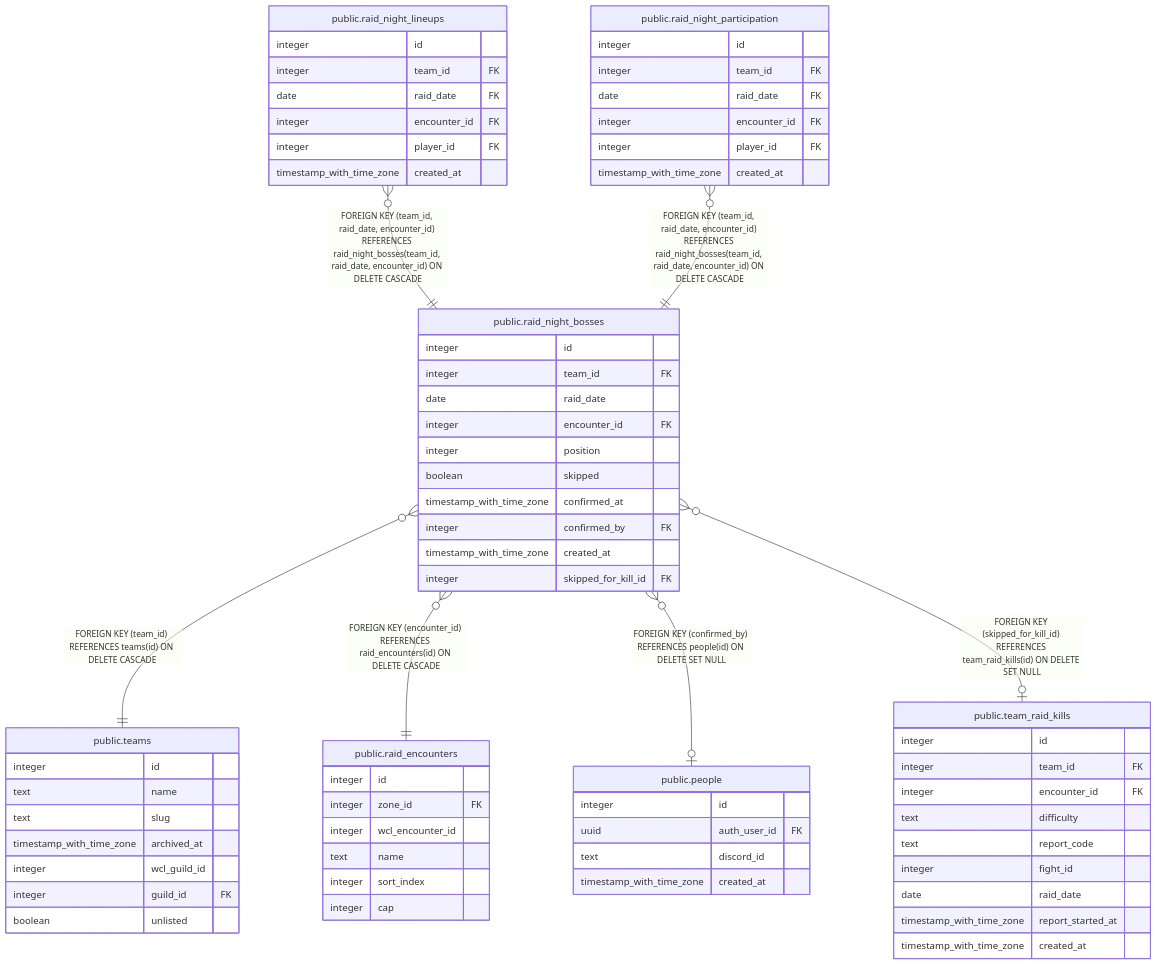
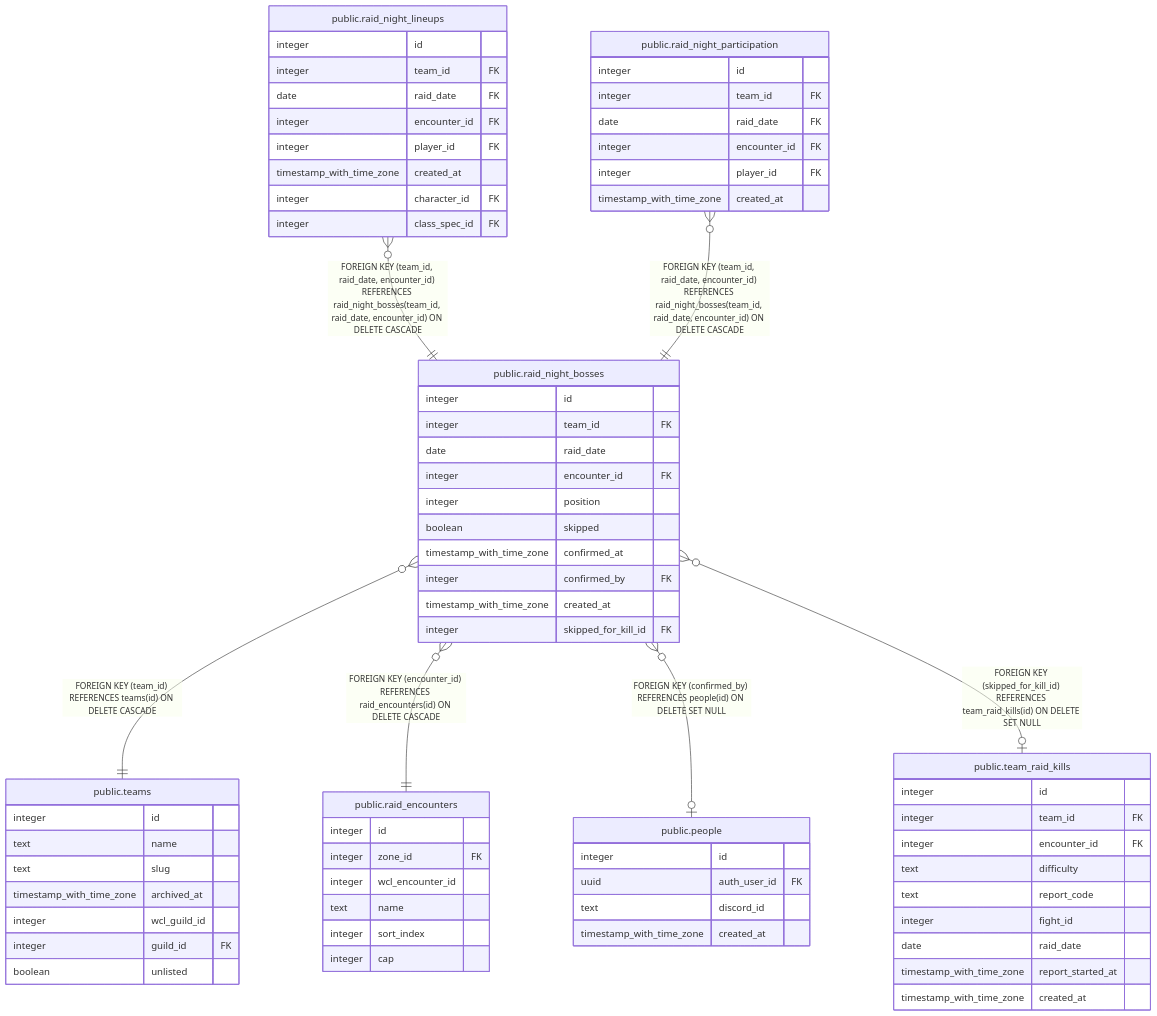
Before and after one commit to katogaming88/WGA-Raid-Hub: the diagram in dbdoc/public.raid_night_bosses.md, drawn with Mermaid. The commit also changed 44 other files, not shown here.

First line of the commit message:
#1580: officers pick which character and spec a raider plays on each boss

````diff
--- a/dbdoc/public.raid_night_bosses.md
+++ b/dbdoc/public.raid_night_bosses.md
@@ -46,73 +46,75 @@
 ```mermaid
 erDiagram
 
 "public.raid_night_bosses" }o--|| "public.teams" : "FOREIGN KEY (team_id) REFERENCES teams(id) ON DELETE CASCADE"
 "public.raid_night_lineups" }o--|| "public.raid_night_bosses" : "FOREIGN KEY (team_id, raid_date, encounter_id) REFERENCES raid_night_bosses(team_id, raid_date, encounter_id) ON DELETE CASCADE"
 "public.raid_night_participation" }o--|| "public.raid_night_bosses" : "FOREIGN KEY (team_id, raid_date, encounter_id) REFERENCES raid_night_bosses(team_id, raid_date, encounter_id) ON DELETE CASCADE"
 "public.raid_night_bosses" }o--|| "public.raid_encounters" : "FOREIGN KEY (encounter_id) REFERENCES raid_encounters(id) ON DELETE CASCADE"
 "public.raid_night_bosses" }o--o| "public.people" : "FOREIGN KEY (confirmed_by) REFERENCES people(id) ON DELETE SET NULL"
 "public.raid_night_bosses" }o--o| "public.team_raid_kills" : "FOREIGN KEY (skipped_for_kill_id) REFERENCES team_raid_kills(id) ON DELETE SET NULL"
 
 "public.raid_night_bosses" {
   integer id
   integer team_id FK
   date raid_date
   integer encounter_id FK
   integer position
   boolean skipped
   timestamp_with_time_zone confirmed_at
   integer confirmed_by FK
   timestamp_with_time_zone created_at
   integer skipped_for_kill_id FK
 }
 "public.teams" {
   integer id
   text name
   text slug
   timestamp_with_time_zone archived_at
   integer wcl_guild_id
   integer guild_id FK
   boolean unlisted
 }
 "public.raid_night_lineups" {
   integer id
   integer team_id FK
   date raid_date FK
   integer encounter_id FK
   integer player_id FK
   timestamp_with_time_zone created_at
+  integer character_id FK
+  integer class_spec_id FK
 }
 "public.raid_night_participation" {
   integer id
   integer team_id FK
   date raid_date FK
   integer encounter_id FK
   integer player_id FK
   timestamp_with_time_zone created_at
 }
 "public.raid_encounters" {
   integer id
   integer zone_id FK
   integer wcl_encounter_id
   text name
   integer sort_index
   integer cap
 }
 "public.people" {
   integer id
   uuid auth_user_id FK
   text discord_id
   timestamp_with_time_zone created_at
 }
 "public.team_raid_kills" {
   integer id
   integer team_id FK
   integer encounter_id FK
   text difficulty
   text report_code
   integer fight_id
   date raid_date
   timestamp_with_time_zone report_started_at
   timestamp_with_time_zone created_at
 }
 ```
````
